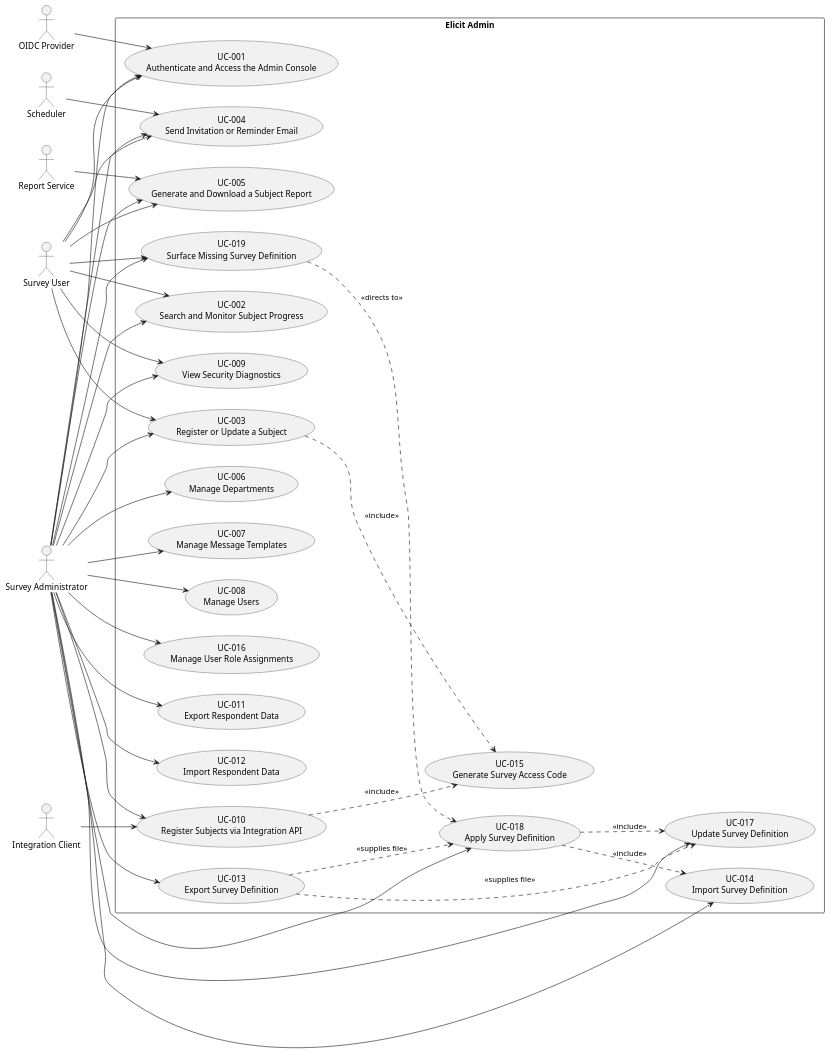
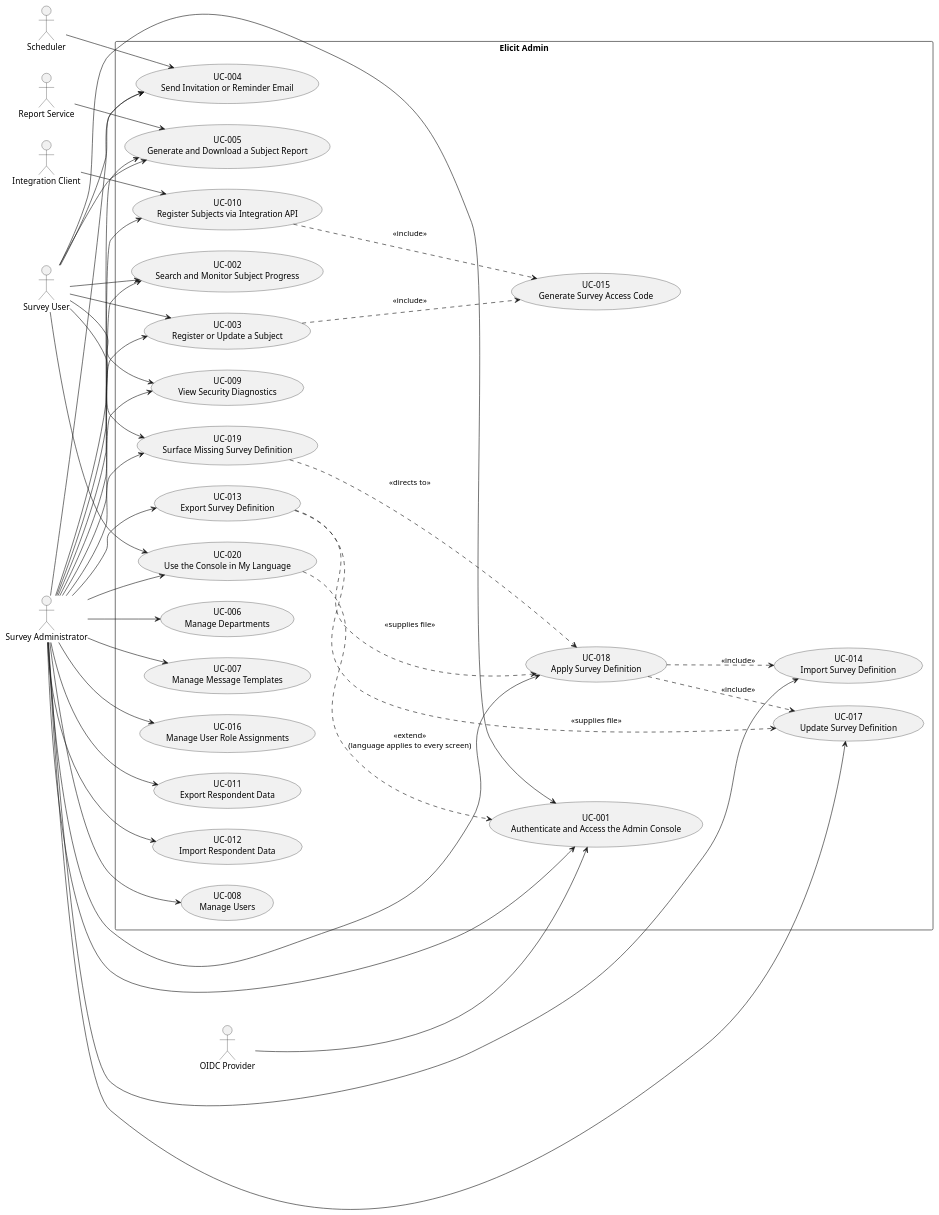
The diagram in docs/use_cases.puml (ElicitSoftware/Admin), drawn with PlantUML before and after one commit. The commit also changed 4 other files, not shown here.

```diff
--- a/docs/use_cases.puml
+++ b/docs/use_cases.puml
@@ -1,86 +1,90 @@
 @startuml Use Cases Overview
 left to right direction
 
 actor "Survey User" as user
 actor "Survey Administrator" as admin
 actor "Integration Client" as importer
 actor "OIDC Provider" as oidc
 actor "Scheduler" as scheduler
 actor "Report Service" as reportsvc
 
 rectangle "Elicit Admin" {
     ' --- Interactive console (user + admin) ---
     usecase "UC-001\nAuthenticate and Access the Admin Console" as UC001
     usecase "UC-002\nSearch and Monitor Subject Progress" as UC002
     usecase "UC-003\nRegister or Update a Subject" as UC003
     usecase "UC-004\nSend Invitation or Reminder Email" as UC004
     usecase "UC-005\nGenerate and Download a Subject Report" as UC005
     usecase "UC-009\nView Security Diagnostics" as UC009
 
     ' --- Administration (admin only) ---
     usecase "UC-006\nManage Departments" as UC006
     usecase "UC-007\nManage Message Templates" as UC007
     usecase "UC-008\nManage Users" as UC008
     usecase "UC-016\nManage User Role Assignments" as UC016
 
     ' --- Integration and data lifecycle ---
     usecase "UC-010\nRegister Subjects via Integration API" as UC010
     usecase "UC-011\nExport Respondent Data" as UC011
     usecase "UC-012\nImport Respondent Data" as UC012
     usecase "UC-013\nExport Survey Definition" as UC013
     usecase "UC-014\nImport Survey Definition" as UC014
     usecase "UC-017\nUpdate Survey Definition" as UC017
     usecase "UC-018\nApply Survey Definition" as UC018
     usecase "UC-019\nSurface Missing Survey Definition" as UC019
+    usecase "UC-020\nUse the Console in My Language" as UC020
 
     ' --- Shared subflow ---
     usecase "UC-015\nGenerate Survey Access Code" as UC015
 }
 
 ' Survey User
 user --> UC001
 user --> UC002
 user --> UC003
 user --> UC004
 user --> UC005
 user --> UC009
 user --> UC019
+user --> UC020
 
 ' Administrator (inherits user goals plus administration and data lifecycle)
 admin --> UC001
 admin --> UC002
 admin --> UC003
 admin --> UC004
 admin --> UC005
 admin --> UC006
 admin --> UC007
 admin --> UC008
 admin --> UC016
 admin --> UC009
 admin --> UC010
 admin --> UC011
 admin --> UC012
 admin --> UC013
 admin --> UC014
 admin --> UC017
 admin --> UC018
 admin --> UC019
+admin --> UC020
 
 ' Integration Client
 importer --> UC010
 
 ' External systems
 oidc --> UC001
 scheduler --> UC004
 reportsvc --> UC005
 
 ' Shared subflows
 UC003 ..> UC015 : <<include>>
 UC010 ..> UC015 : <<include>>
 UC013 ..> UC017 : <<supplies file>>
 UC013 ..> UC018 : <<supplies file>>
 UC018 ..> UC014 : <<include>>
 UC018 ..> UC017 : <<include>>
 UC019 ..> UC018 : <<directs to>>
+UC020 ..> UC001 : <<extend>>\n(language applies to every screen)
 
 @enduml
```
